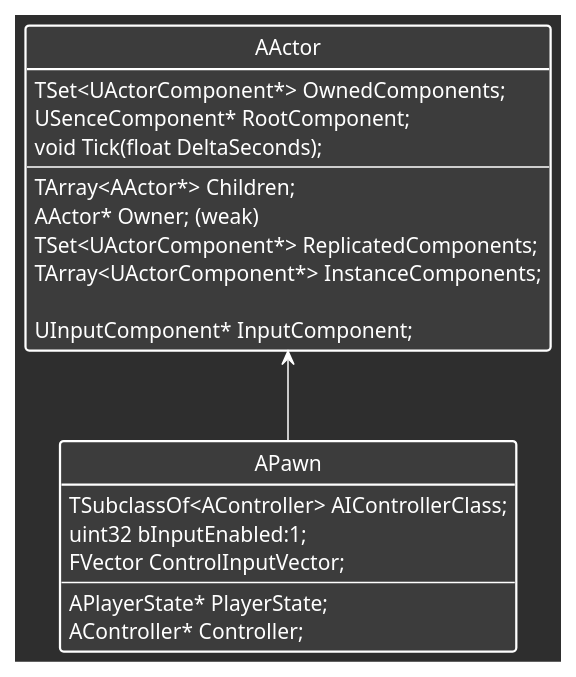
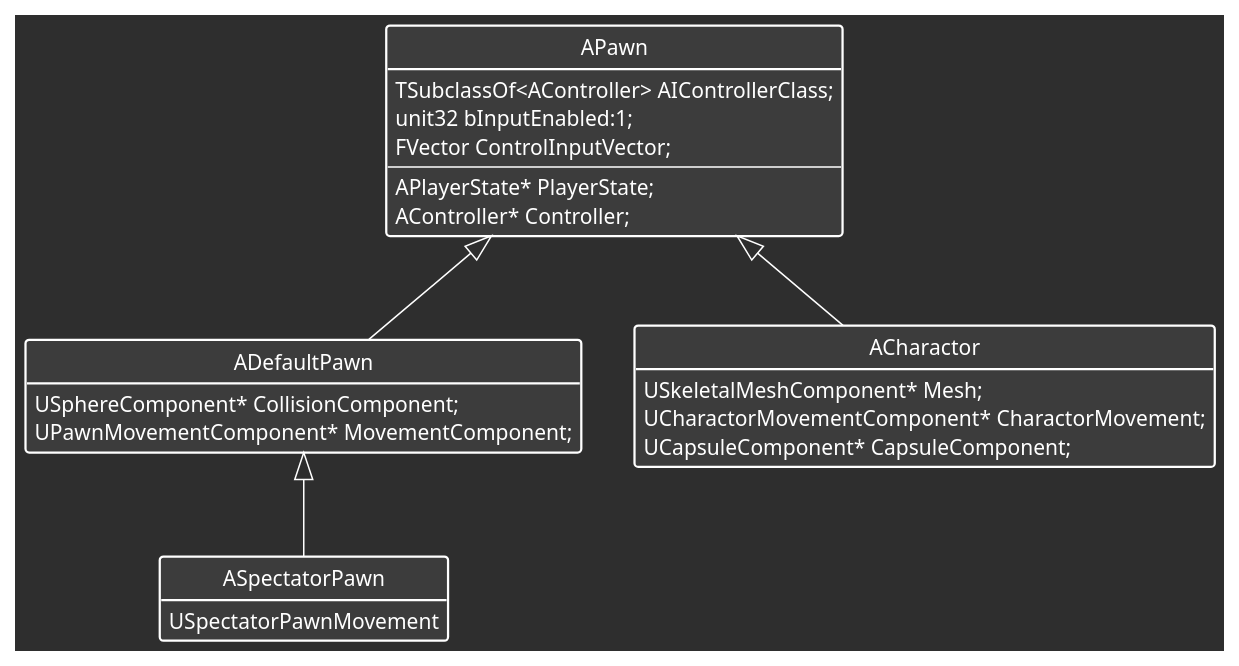
The diagram in temp.puml (Volleier/Obsidian-Vault), drawn with PlantUML before and after one commit. The commit also changed 11 other files, not shown here.

```diff
--- a/temp.puml
+++ b/temp.puml
@@ -1,44 +1,48 @@
 @startuml DiagramName
 skinparam backgroundColor #2E2E2E
 skinparam class {
     BackgroundColor #3C3C3C
     ArrowColor White
     BorderColor White
     FontColor White
     AttributeFontColor White
     StereotypeFontColor White
     BorderThickness 1.5
 }
 skinparam note {
     BackgroundColor #4B4B4B
     BorderColor White
     FontColor White
 }
 hide circle
 hide empty members
 hide empty methods
 
-class AActor {
-    TSet<UActorComponent*> OwnedComponents;
-    USenceComponent* RootComponent;
-    void Tick(float DeltaSeconds);
-    --
-    TArray<AActor*> Children;
-    AActor* Owner; (weak)
-    TSet<UActorComponent*> ReplicatedComponents;
-    TArray<UActorComponent*> InstanceComponents;
-
-    UInputComponent* InputComponent;
-} 
-
 class APawn {
     TSubclassOf<AController> AIControllerClass;
-    uint32 bInputEnabled:1;
+    unit32 bInputEnabled:1;
     FVector ControlInputVector;
     --
     APlayerState* PlayerState;
     AController* Controller;
 }
 
-AActor <-- APawn
+class ADefaultPawn {
+    USphereComponent* CollisionComponent;
+    UPawnMovementComponent* MovementComponent;
+}
+
+class ACharactor {
+    USkeletalMeshComponent* Mesh;
+    UCharactorMovementComponent* CharactorMovement;
+    UCapsuleComponent* CapsuleComponent;
+}
+
+class ASpectatorPawn {
+    USpectatorPawnMovement
+}
+
+APawn <|-- ADefaultPawn
+APawn <|-- ACharactor
+ADefaultPawn <|-- ASpectatorPawn
 @enduml
```
